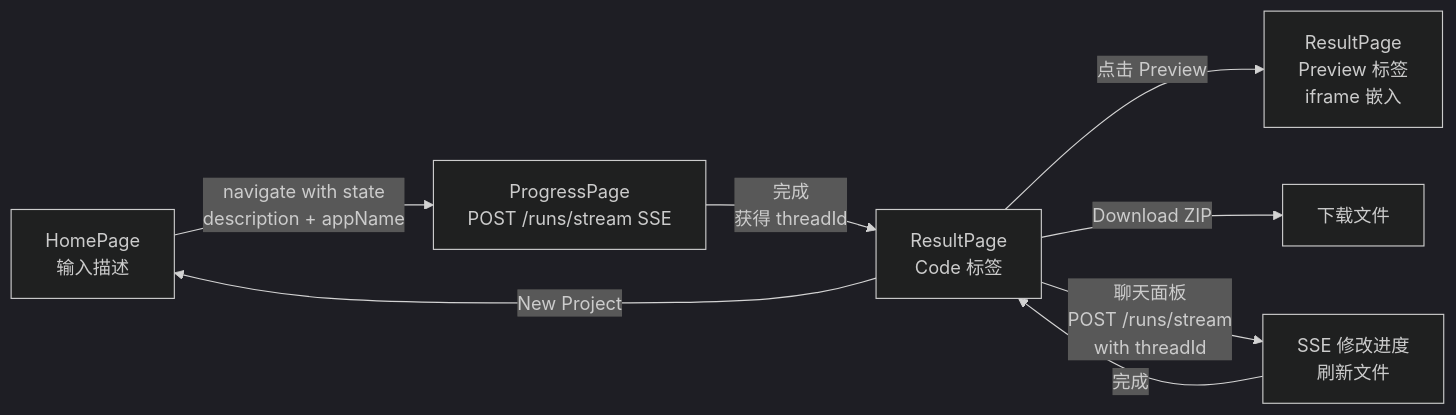
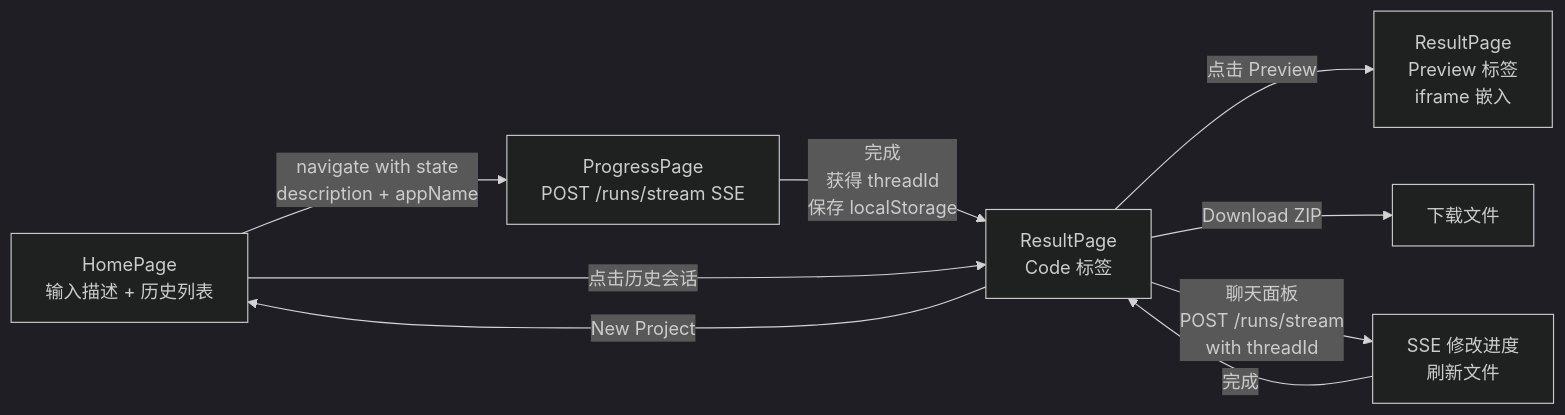
The third of 3 diagrams in mini-muse/docs/design.md (eggjs/agent-examples), drawn with Mermaid (dark theme) before and after one commit. The commit also changed other lines of this file and 3 other files, not shown here.

First line of the commit message:
feat: add session history on HomePage with localStorage persistence

````diff
--- a/mini-muse/docs/design.md
+++ b/mini-muse/docs/design.md
@@ -230,10 +231,11 @@
 ```mermaid
 graph LR
-    A[HomePage<br/>输入描述] -->|navigate with state<br/>description + appName| B[ProgressPage<br/>POST /runs/stream SSE]
-    B -->|完成<br/>获得 threadId| C[ResultPage<br/>Code 标签]
+    A[HomePage<br/>输入描述 + 历史列表] -->|navigate with state<br/>description + appName| B[ProgressPage<br/>POST /runs/stream SSE]
+    B -->|完成<br/>获得 threadId<br/>保存 localStorage| C[ResultPage<br/>Code 标签]
+    A -->|点击历史会话| C
     C -->|点击 Preview| D[ResultPage<br/>Preview 标签<br/>iframe 嵌入]
     C -->|Download ZIP| E[下载文件]
     C -->|New Project| A
     C -->|聊天面板<br/>POST /runs/stream<br/>with threadId| F[SSE 修改进度<br/>刷新文件]
     F -->|完成| C
 ```
````
